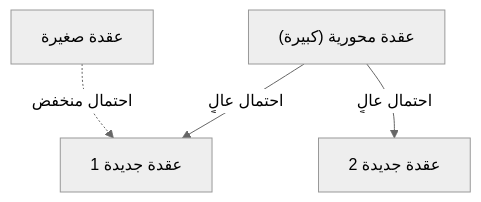
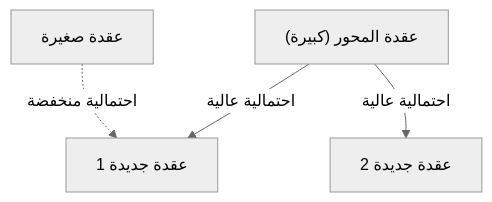
Before and after one commit to kenjinote/blog: the diagram in content/post/zipfs-law/index.ar.md, drawn with Mermaid (neutral theme). The commit also changed other lines of this file and 97 other files, not shown here.

````diff
--- a/content/post/zipfs-law/index.ar.md
+++ b/content/post/zipfs-law/index.ar.md
@@ -115,6 +115,6 @@
 ```mermaid
 graph TD
-  A["عقدة محورية (كبيرة)"] -->|"احتمال عالٍ"| B["عقدة جديدة 1"]
-  A -->|"احتمال عالٍ"| C["عقدة جديدة 2"]
-  D["عقدة صغيرة"] -.->|"احتمال منخفض"| B
+  A["عقدة المحور (كبيرة)"] -->|"احتمالية عالية"| B["عقدة جديدة 1"]
+  A -->|"احتمالية عالية"| C["عقدة جديدة 2"]
+  D["عقدة صغيرة"] -.->|"احتمالية منخفضة"| B
 ```
````
